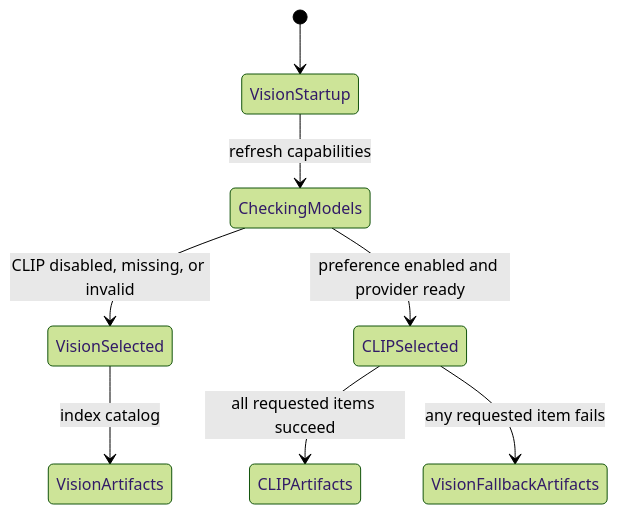
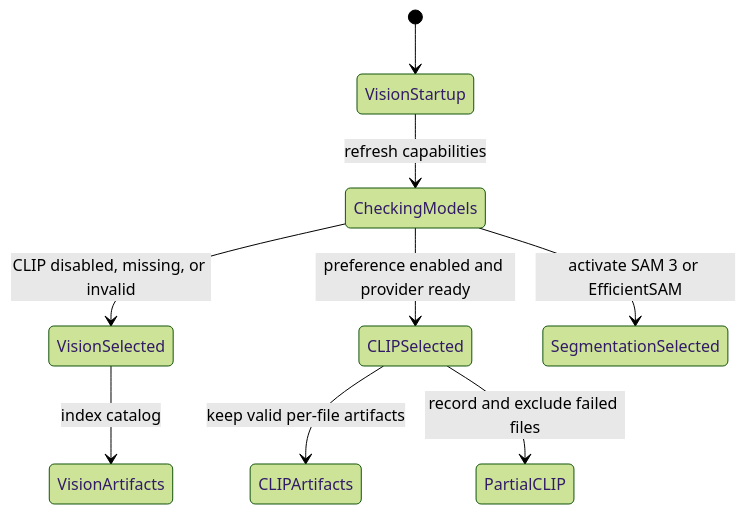
The second of 2 diagrams in content/en/docs/ai/_index.md (rsyncOSX/TechDocRawcull), drawn with Mermaid (forest theme) before and after one commit. The commit also changed other lines of this file and 7 other files, not shown here.

````diff
--- a/content/en/docs/ai/_index.md
+++ b/content/en/docs/ai/_index.md
@@ -105,10 +129,11 @@
 ```mermaid
 stateDiagram-v2
     [*] --> VisionStartup
     VisionStartup --> CheckingModels: refresh capabilities
     CheckingModels --> VisionSelected: CLIP disabled, missing, or invalid
     CheckingModels --> CLIPSelected: preference enabled and provider ready
-    CLIPSelected --> CLIPArtifacts: all requested items succeed
-    CLIPSelected --> VisionFallbackArtifacts: any requested item fails
+    CLIPSelected --> CLIPArtifacts: keep valid per-file artifacts
+    CLIPSelected --> PartialCLIP: record and exclude failed files
     VisionSelected --> VisionArtifacts: index catalog
+    CheckingModels --> SegmentationSelected: activate SAM 3 or EfficientSAM
 ```
````
